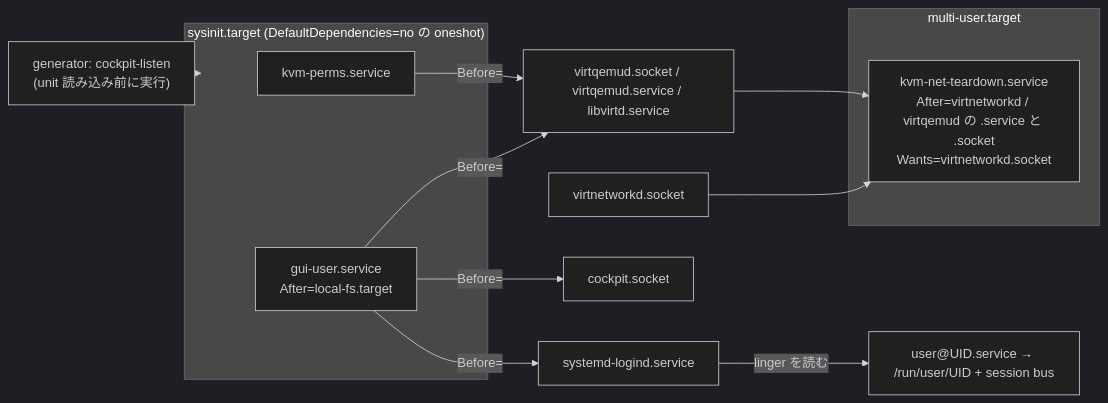
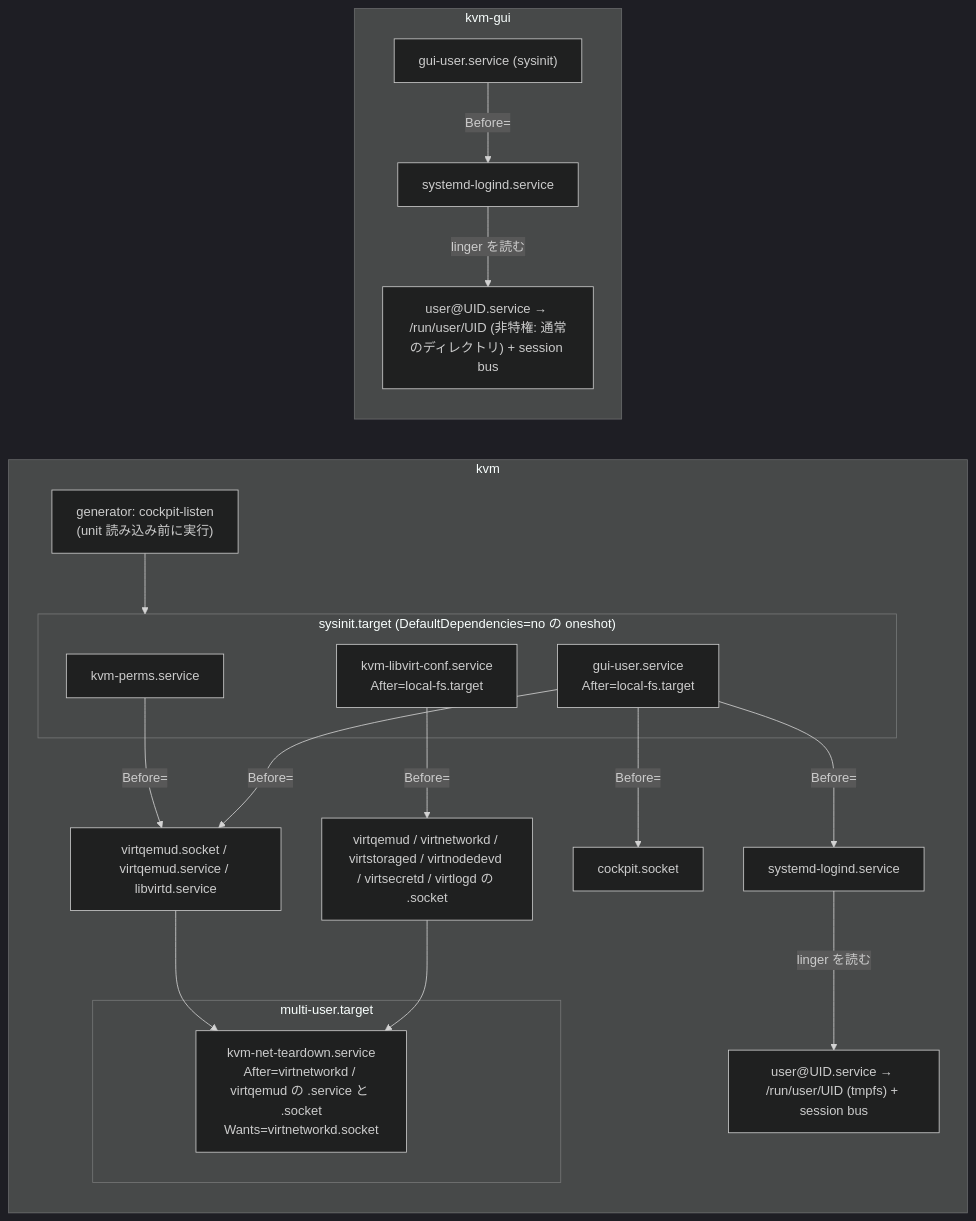
One commit to ryo-aoki-pc/kvm-container changed diagram 16 of 22 in docs/SPEC.md. Above: the diagram before and after it, drawn with Mermaid (dark theme). The commit also changed other lines of this file, not shown here.

First line of the commit message:
docs/SPEC.md を 2 コンテナ構成 (kvm + kvm-gui) に合わせて全面更新する

````diff
--- a/docs/SPEC.md
+++ b/docs/SPEC.md
@@ -635,18 +796,26 @@
 ```mermaid
 flowchart LR
-  gen["generator: cockpit-listen<br/>(unit 読み込み前に実行)"] --> sysinit
-  subgraph sysinit ["sysinit.target (DefaultDependencies=no の oneshot)"]
-    perms["kvm-perms.service"]
-    guiuser["gui-user.service<br/>After=local-fs.target"]
+  subgraph kvm ["kvm"]
+    gen["generator: cockpit-listen<br/>(unit 読み込み前に実行)"] --> ksys
+    subgraph ksys ["sysinit.target (DefaultDependencies=no の oneshot)"]
+      perms["kvm-perms.service"]
+      kuser["gui-user.service<br/>After=local-fs.target"]
+      kconf["kvm-libvirt-conf.service<br/>After=local-fs.target"]
+    end
+    perms -->|"Before="| vq["virtqemud.socket / virtqemud.service / libvirtd.service"]
+    kuser -->|"Before="| klogind["systemd-logind.service"]
+    kuser -->|"Before="| cs["cockpit.socket"]
+    kuser -->|"Before="| vq
+    kconf -->|"Before="| allsock["virtqemud / virtnetworkd / virtstoraged / virtnodedevd / virtsecretd / virtlogd の .socket"]
+    klogind -->|"linger を読む"| kuserat["user@UID.service → /run/user/UID (tmpfs) + session bus"]
+    subgraph kmu ["multi-user.target"]
+      td["kvm-net-teardown.service<br/>After=virtnetworkd / virtqemud の .service と .socket<br/>Wants=virtnetworkd.socket"]
+    end
+    vq --> td
+    allsock --> td
   end
-  perms -->|"Before="| vq["virtqemud.socket / virtqemud.service / libvirtd.service"]
-  guiuser -->|"Before="| logind["systemd-logind.service"]
-  guiuser -->|"Before="| cs["cockpit.socket"]
-  guiuser -->|"Before="| vq
-  logind -->|"linger を読む"| user["user@UID.service → /run/user/UID + session bus"]
-  subgraph mu ["multi-user.target"]
-    td["kvm-net-teardown.service<br/>After=virtnetworkd / virtqemud の .service と .socket<br/>Wants=virtnetworkd.socket"]
+  subgraph gui ["kvm-gui"]
+    guser["gui-user.service (sysinit)"] -->|"Before="| glogind["systemd-logind.service"]
+    glogind -->|"linger を読む"| guserat["user@UID.service → /run/user/UID (非特権: 通常のディレクトリ) + session bus"]
   end
-  vq --> td
-  vn["virtnetworkd.socket"] --> td
 ```
````
